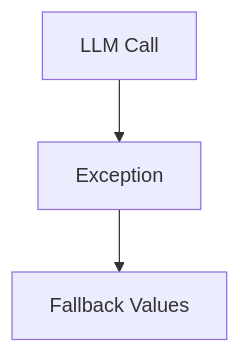
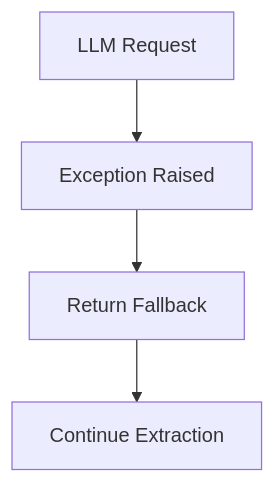
One commit to Divyanshu-karma/learning_of_json_structures_comparision changed the fourth of 9 diagrams in fove_pdf_extract_detailed.md. Above: the diagram before and after it, drawn with Mermaid. The commit also changed other lines of this file, not shown here.

````diff
--- a/fove_pdf_extract_detailed.md
+++ b/fove_pdf_extract_detailed.md
@@ -107,8 +127,12 @@
 ```mermaid
 flowchart TD
-    A[LLM Call]
-    B[Exception]
-    C[Fallback Values]
 
-    A-->B-->C
+A[LLM Request]
+B[Exception Raised]
+C[Return Fallback]
+D[Continue Extraction]
+
+A --> B
+B --> C
+C --> D
 ```
````
